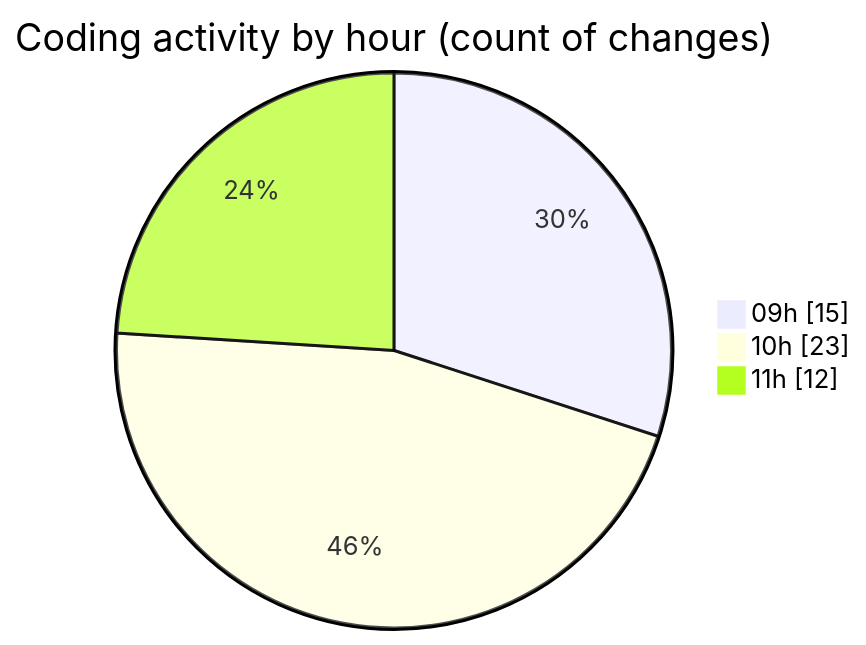
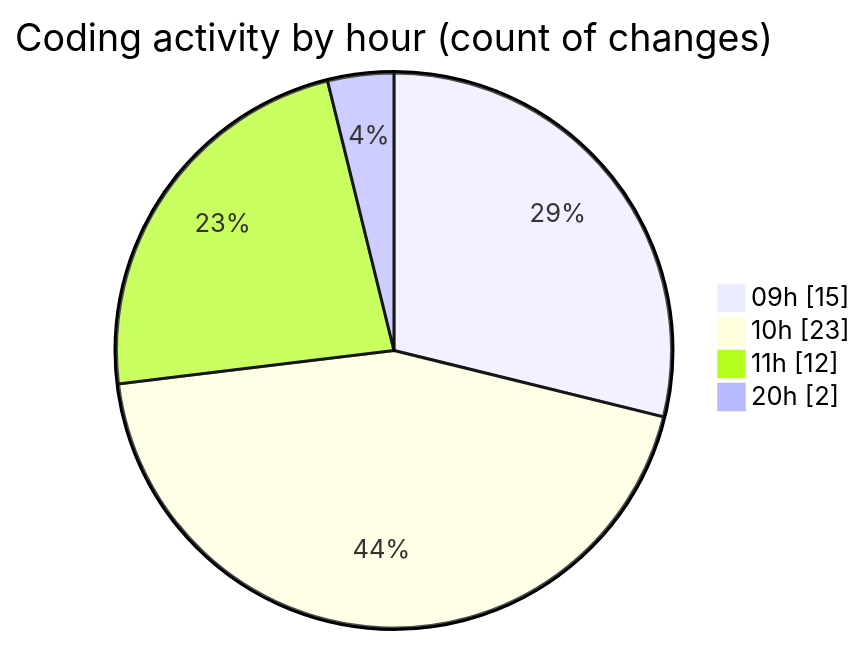
The second of 2 diagrams in 2026-01-19/cda/README.md (momahboobian/code-tracking), drawn with Mermaid before and after one commit. The commit also changed other lines of this file and 1 other file, not shown here.

````diff
--- a/2026-01-19/cda/README.md
+++ b/2026-01-19/cda/README.md
@@ -35,7 +35,8 @@
 ```mermaid
 pie showData
 title Coding activity by hour (count of changes)
 "09h" : 15
 "10h" : 23
 "11h" : 12
+"20h" : 2
 ```
````
